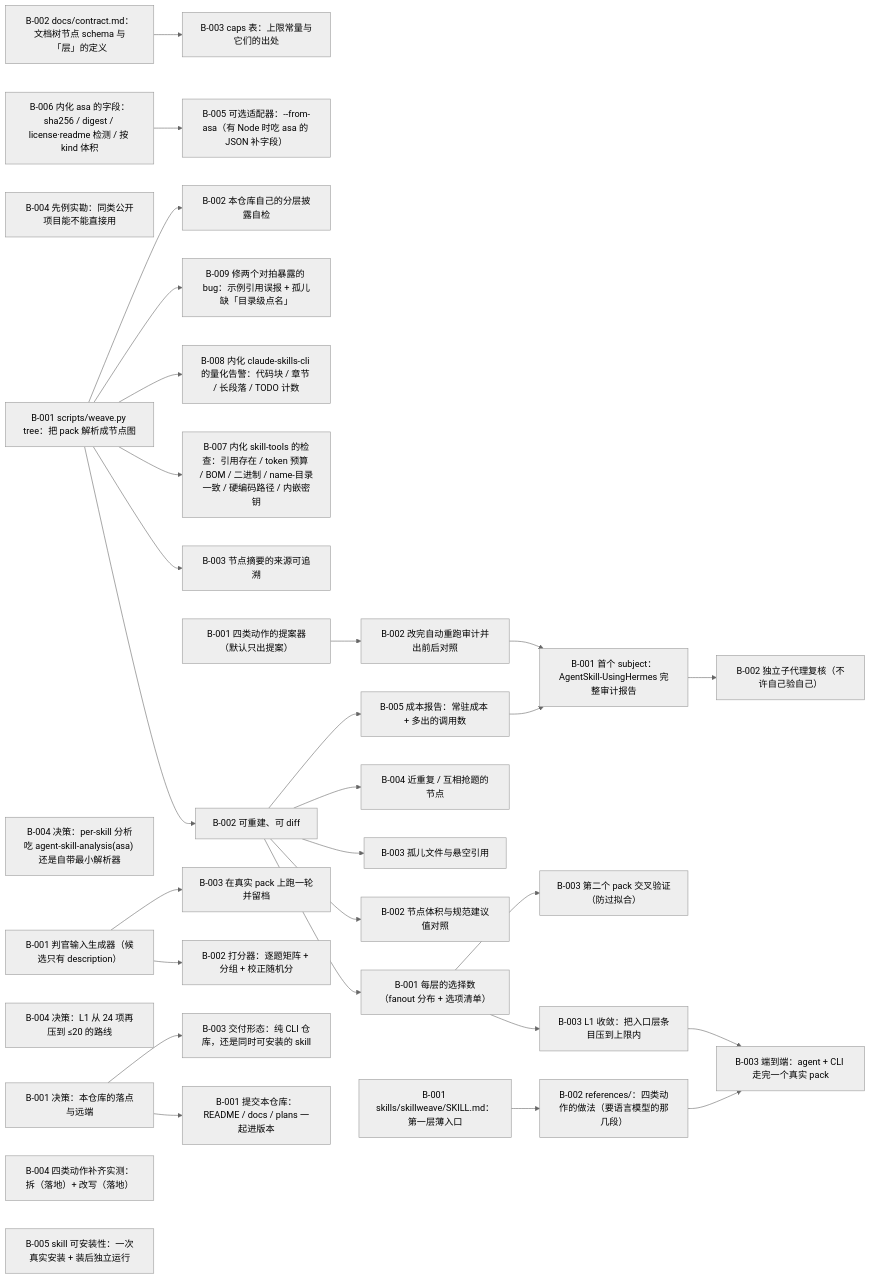
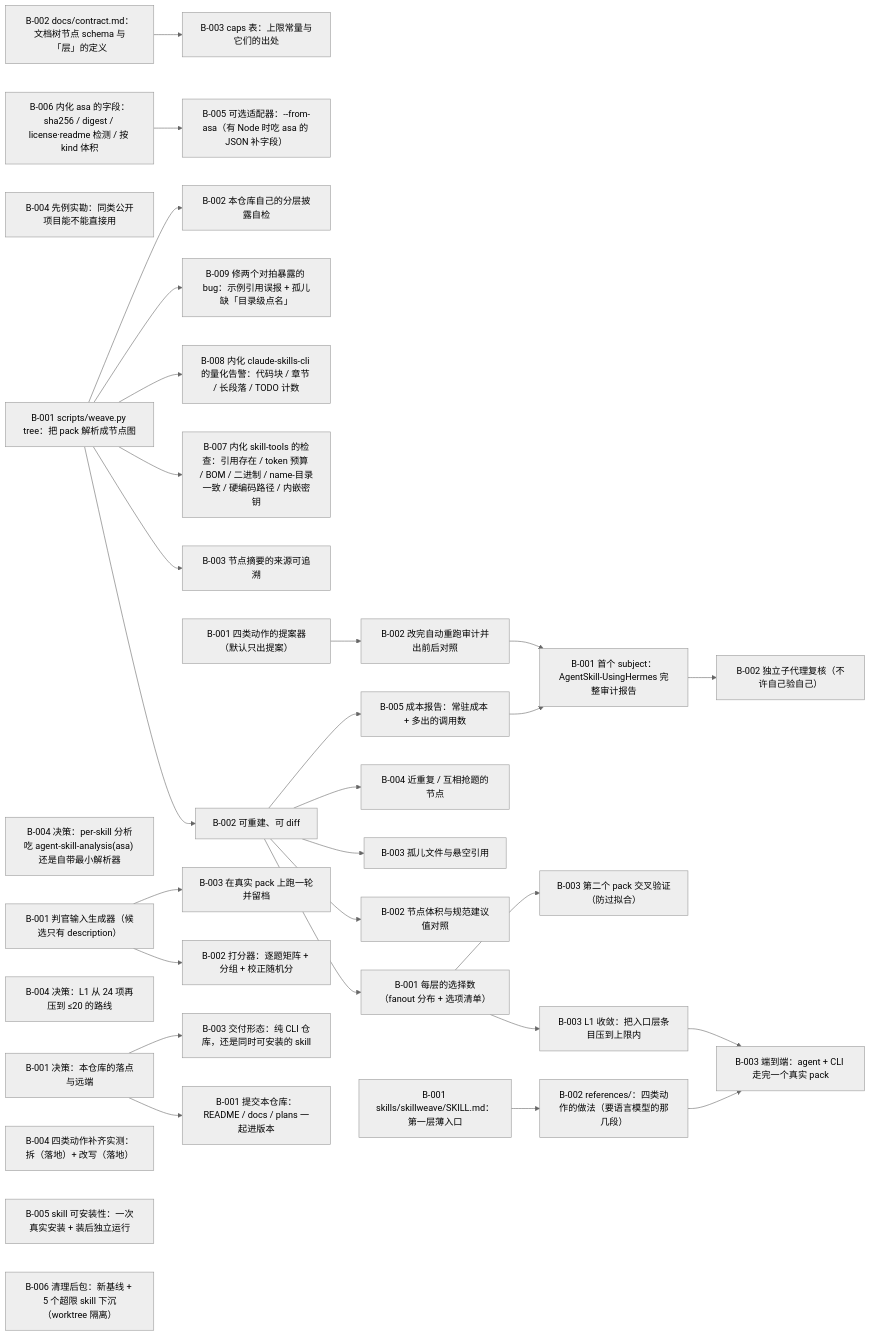
One commit to flmaximwang/SkillWeave changed the diagram in plans/skillweave/PLAN.md. Above: the diagram before and after it, drawn with Mermaid (neutral theme). The commit also changed other lines of this file and 3 other files, not shown here.

````diff
--- a/plans/skillweave/PLAN.md
+++ b/plans/skillweave/PLAN.md
@@ -15,71 +16,74 @@
 ```mermaid
 flowchart LR
   T-001_B-001["B-001 决策：本仓库的落点与远端"]
   T-001_B-002["B-002 docs/contract.md：文档树节点 schema 与「层」的定义"]
   T-001_B-003["B-003 caps 表：上限常量与它们的出处"]
   T-001_B-004["B-004 先例实勘：同类公开项目能不能直接用"]
   T-002_B-001["B-001 scripts/weave.py tree：把 pack 解析成节点图"]
   T-002_B-002["B-002 可重建、可 diff"]
   T-002_B-003["B-003 节点摘要的来源可追溯"]
   T-002_B-004["B-004 决策：per-skill 分析吃 agent-skill-analysis(asa) 还是自带最小解析器"]
   T-002_B-005["B-005 可选适配器：--from-asa（有 Node 时吃 asa 的 JSON 补字段）"]
   T-003_B-001["B-001 每层的选择数（fanout 分布 + 选项清单）"]
   T-003_B-002["B-002 节点体积与规范建议值对照"]
   T-003_B-003["B-003 孤儿文件与悬空引用"]
   T-003_B-004["B-004 近重复 / 互相抢题的节点"]
   T-003_B-005["B-005 成本报告：常驻成本 + 多出的调用数"]
   T-003_B-006["B-006 内化 asa 的字段：sha256 / digest / license·readme 检测 / 按 kind 体积"]
   T-003_B-007["B-007 内化 skill-tools 的检查：引用存在 / token 预算 / BOM / 二进制 / name-目录一致 / 硬编码路径 / 内嵌密钥"]
   T-003_B-008["B-008 内化 claude-skills-cli 的量化告警：代码块 / 章节 / 长段落 / TODO 计数"]
   T-003_B-009["B-009 修两个对拍暴露的 bug：示例引用误报 + 孤儿缺「目录级点名」"]
   T-004_B-001["B-001 四类动作的提案器（默认只出提案）"]
   T-004_B-002["B-002 改完自动重跑审计并出前后对照"]
   T-004_B-003["B-003 L1 收敛：把入口层条目压到上限内"]
   T-004_B-004["B-004 决策：L1 从 24 项再压到 ≤20 的路线"]
   T-005_B-001["B-001 判官输入生成器（候选只有 description）"]
   T-005_B-002["B-002 打分器：逐题矩阵 + 分组 + 校正随机分"]
   T-005_B-003["B-003 在真实 pack 上跑一轮并留档"]
   T-006_B-001["B-001 首个 subject：AgentSkill-UsingHermes 完整审计报告"]
   T-006_B-002["B-002 独立子代理复核（不许自己验自己）"]
   T-006_B-003["B-003 第二个 pack 交叉验证（防过拟合）"]
   T-007_B-001["B-001 提交本仓库：README / docs / plans 一起进版本"]
   T-007_B-002["B-002 本仓库自己的分层披露自检"]
   T-007_B-003["B-003 交付形态：纯 CLI 仓库，还是同时可安装的 skill"]
   T-008_B-001["B-001 skills/skillweave/SKILL.md：第一层薄入口"]
   T-008_B-002["B-002 references/：四类动作的做法（要语言模型的那几段）"]
   T-008_B-003["B-003 端到端：agent + CLI 走完一个真实 pack"]
   T-008_B-004["B-004 四类动作补齐实测：拆（落地）+ 改写（落地）"]
   T-008_B-005["B-005 skill 可安装性：一次真实安装 + 装后独立运行"]
+  T-008_B-006["B-006 清理后包：新基线 + 5 个超限 skill 下沉（worktree 隔离）"]
   T-001_B-002 --> T-001_B-003
   T-002_B-001 --> T-002_B-002
   T-002_B-001 --> T-002_B-003
   T-003_B-006 --> T-002_B-005
   T-002_B-002 --> T-003_B-001
   T-002_B-002 --> T-003_B-002
   T-002_B-002 --> T-003_B-003
   T-002_B-002 --> T-003_B-004
   T-002_B-002 --> T-003_B-005
   T-002_B-001 --> T-003_B-007
   T-002_B-001 --> T-003_B-008
   T-002_B-001 --> T-003_B-009
   T-004_B-001 --> T-004_B-002
   T-003_B-001 --> T-004_B-003
   T-005_B-001 --> T-005_B-002
   T-005_B-001 --> T-005_B-003
   T-003_B-005 --> T-006_B-001
   T-004_B-002 --> T-006_B-001
   T-006_B-001 --> T-006_B-002
   T-003_B-001 --> T-006_B-003
   T-001_B-001 --> T-007_B-001
   T-002_B-001 --> T-007_B-002
   T-001_B-001 --> T-007_B-003
   T-008_B-001 --> T-008_B-002
   T-008_B-002 --> T-008_B-003
   T-004_B-003 --> T-008_B-003
   classDef done stroke-width:1px;
   class T-001_B-001,T-001_B-002,T-001_B-003,T-001_B-004,T-002_B-001,T-002_B-002,T-002_B-003,T-002_B-004,T-003_B-001,T-003_B-002,T-003_B-003,T-003_B-004,T-003_B-005,T-003_B-006,T-003_B-007,T-003_B-008,T-003_B-009,T-004_B-001,T-004_B-002,T-004_B-003,T-005_B-001,T-005_B-002,T-005_B-003,T-006_B-001,T-006_B-002,T-006_B-003,T-007_B-001,T-007_B-002,T-007_B-003,T-008_B-001,T-008_B-002,T-008_B-003,T-008_B-004,T-008_B-005 done;
   classDef cancelled stroke-width:1px;
   class T-002_B-005 cancelled;
   classDef blocked stroke-width:1px;
   class T-004_B-004 blocked;
+  classDef running stroke-width:1px;
+  class T-008_B-006 running;
 ```
````
